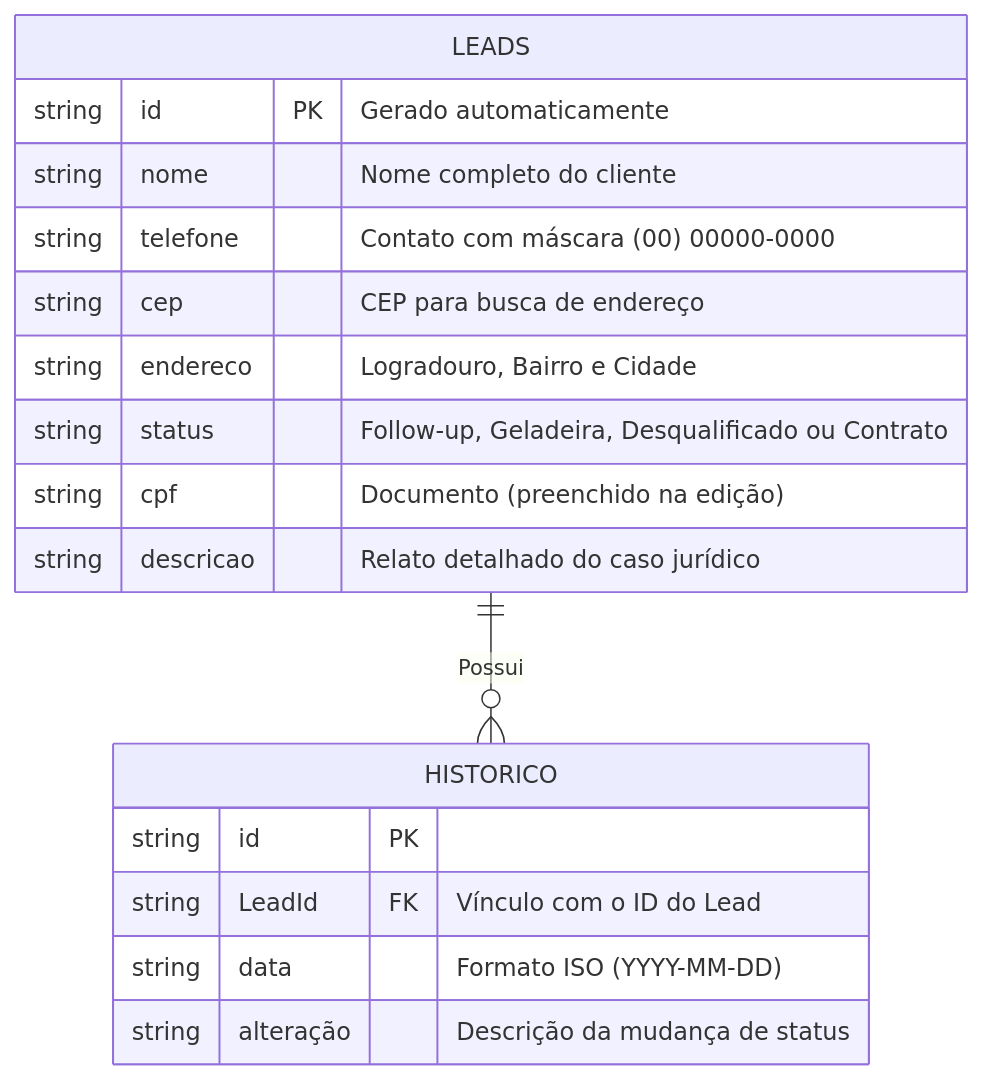
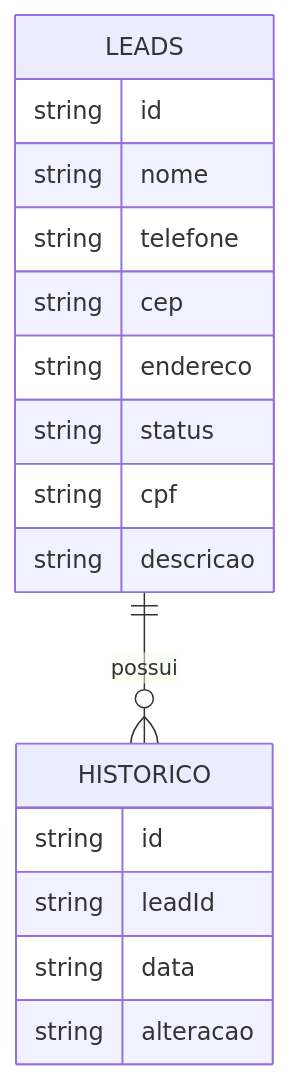
One commit to aalicemoreira/Lex-flow changed the diagram in docs/spec.md. Above: the diagram before and after it, drawn with Mermaid.

Commit message:
mensagem

````diff
--- a/docs/spec.md
+++ b/docs/spec.md
@@ -8,20 +8,20 @@
 ```mermaid
 erDiagram
-LEADS ||--o{ HISTORICO : "Possui"
-LEADS {
-string id PK "Gerado automaticamente"
-string nome "Nome completo do cliente"
-string telefone "Contato com máscara (00) 00000-0000"
-string cep "CEP para busca de endereço"
-string endereco "Logradouro, Bairro e Cidade"
-string status "Follow-up, Geladeira, Desqualificado ou Contrato"
-string cpf "Documento (preenchido na edição)"
-string descricao "Relato detalhado do caso jurídico"
-}
-HISTORICO {
-string id PK
-string LeadId FK "Vínculo com o ID do Lead"
-string data "Formato ISO (YYYY-MM-DD)"
-string alteração "Descrição da mudança de status"
-}
+    LEADS ||--o{ HISTORICO : "possui"
+    LEADS {
+        string id
+        string nome
+        string telefone
+        string cep
+        string endereco
+        string status
+        string cpf
+        string descricao
+    }
+    HISTORICO {
+        string id
+        string leadId
+        string data
+        string alteracao
+    }
 ```
````
